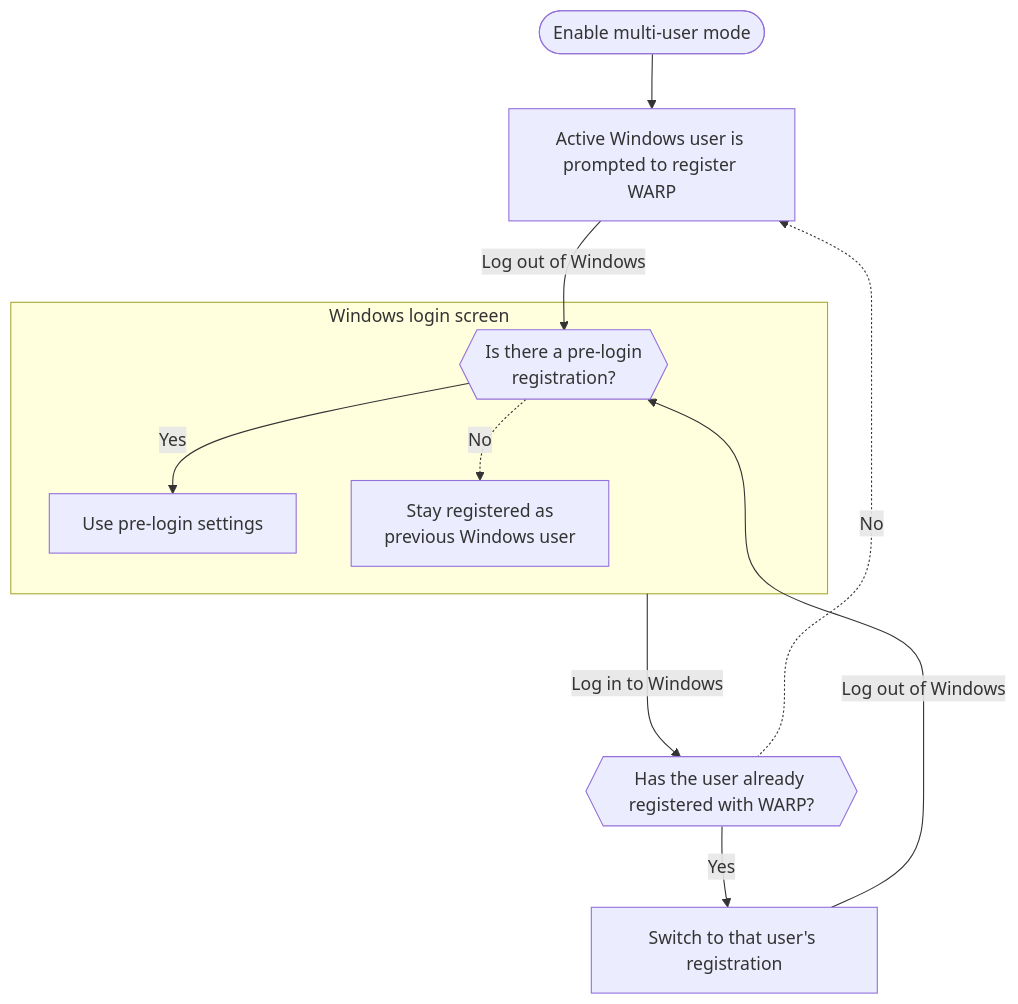
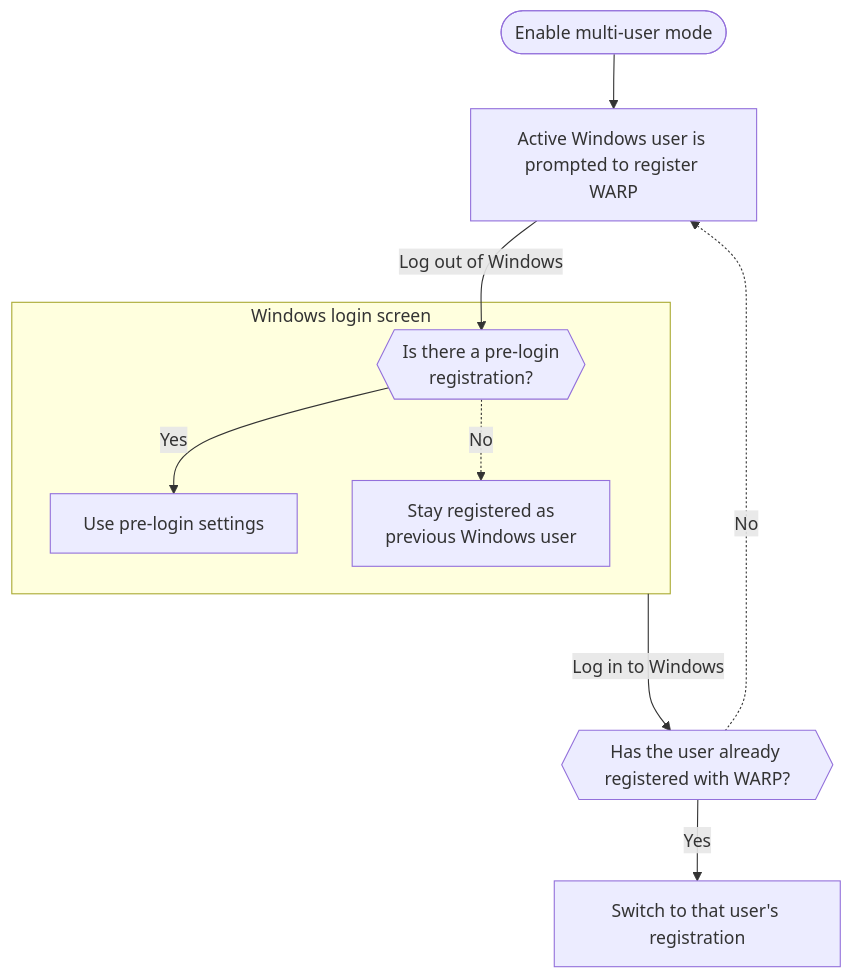
One commit to cloudflare/cloudflare-docs changed the diagram in src/content/docs/cloudflare-one/connections/connect-devices/warp/deployment/mdm-deployment/windows-multiuser.mdx. Above: the diagram before and after it, drawn with Mermaid.

Commit message:
simplify flowchart

````diff
--- a/src/content/docs/cloudflare-one/connections/connect-devices/warp/deployment/mdm-deployment/windows-multiuser.mdx
+++ b/src/content/docs/cloudflare-one/connections/connect-devices/warp/deployment/mdm-deployment/windows-multiuser.mdx
@@ -96,18 +96,17 @@
 ```mermaid
 flowchart TB
     start(["Enable multi-user mode"])-->reg["Active Windows user is prompted to register WARP"]
 		reg--"Log out of Windows"-->prelogin
 
     subgraph preloginbehavior["Windows login screen"]
 		prelogin{{"Is there a pre-login <br />registration?"}}
     preloginyes["Use pre-login settings"]
 		prelogin--"Yes"-->preloginyes
 		prelogin-. "No" .->preloginno
 		preloginno["Stay registered as <br />previous Windows user"]
 		end
 
 		preloginbehavior--"Log in to Windows"---->regexists{{"Has the user already registered with WARP?"}}
 		regexists--"Yes"-->user["Switch to that user's registration"]
 		regexists-. "No" .->reg
-		user--"Log out of Windows"--> prelogin
 ```
````
